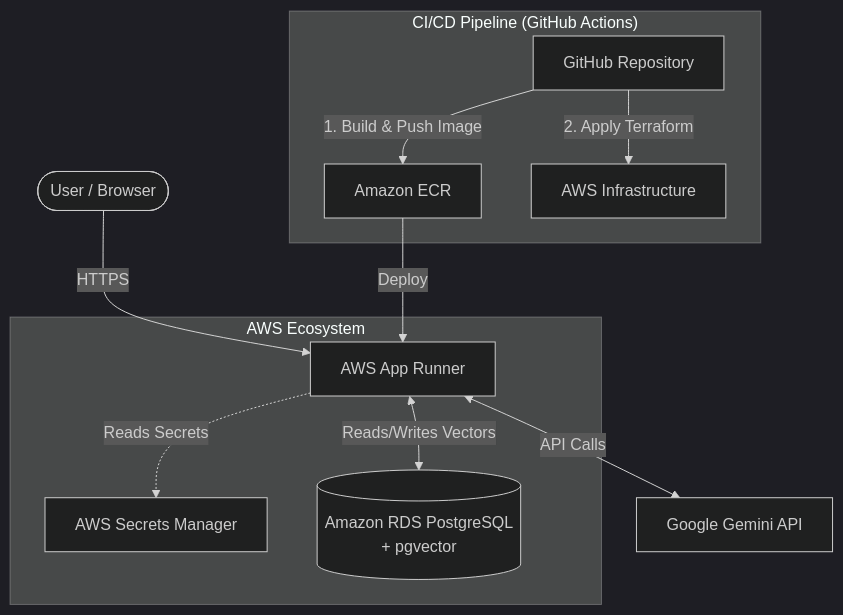
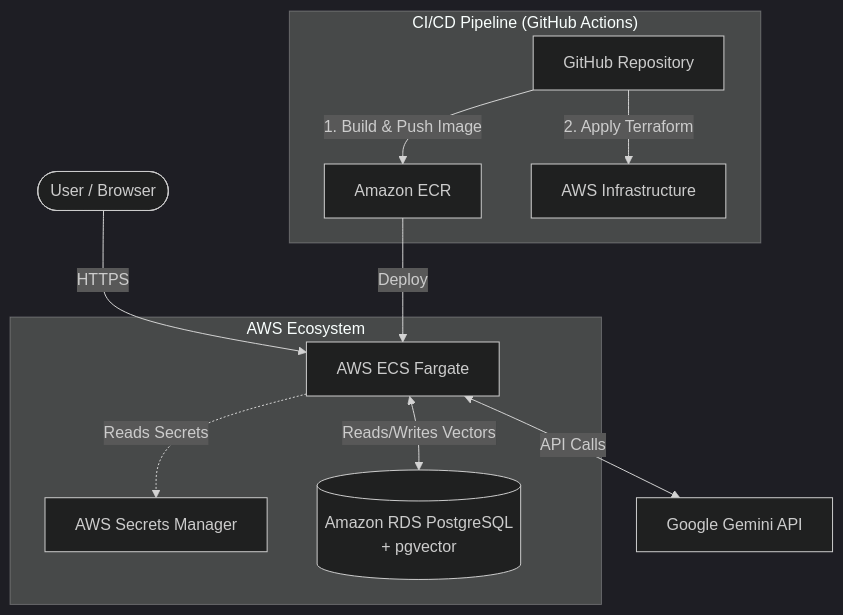
The diagram in README.md (elveli/Agentic-Data-Analyzer), drawn with Mermaid (dark theme) before and after one commit. The commit also changed other lines of this file and 4 other files, not shown here.

First line of the commit message:
refactor: migrate infrastructure from App Runner to ECS Fargate

````diff
--- a/README.md
+++ b/README.md
@@ -15,17 +15,17 @@
 ```mermaid
 graph TD
-    User([User / Browser]) -->|HTTPS| AppRunner[AWS App Runner]
+    User([User / Browser]) -->|HTTPS| ECSFargate[AWS ECS Fargate]
     
     subgraph "AWS Ecosystem"
-      AppRunner -.->|Reads Secrets| SecretsManager[AWS Secrets Manager]
-      AppRunner <-->|Reads/Writes Vectors| RDS[(Amazon RDS PostgreSQL\n+ pgvector)]
+      ECSFargate -.->|Reads Secrets| SecretsManager[AWS Secrets Manager]
+      ECSFargate <-->|Reads/Writes Vectors| RDS[(Amazon RDS PostgreSQL\n+ pgvector)]
     end
     
-    AppRunner <-->|API Calls| Gemini[Google Gemini API]
+    ECSFargate <-->|API Calls| Gemini[Google Gemini API]
     
     subgraph "CI/CD Pipeline (GitHub Actions)"
       GitHub[GitHub Repository] -->|1. Build & Push Image| ECR[Amazon ECR]
       GitHub -->|2. Apply Terraform| AWS_Infra[AWS Infrastructure]
-      ECR -->|Deploy| AppRunner
+      ECR -->|Deploy| ECSFargate
     end
 ```
````
